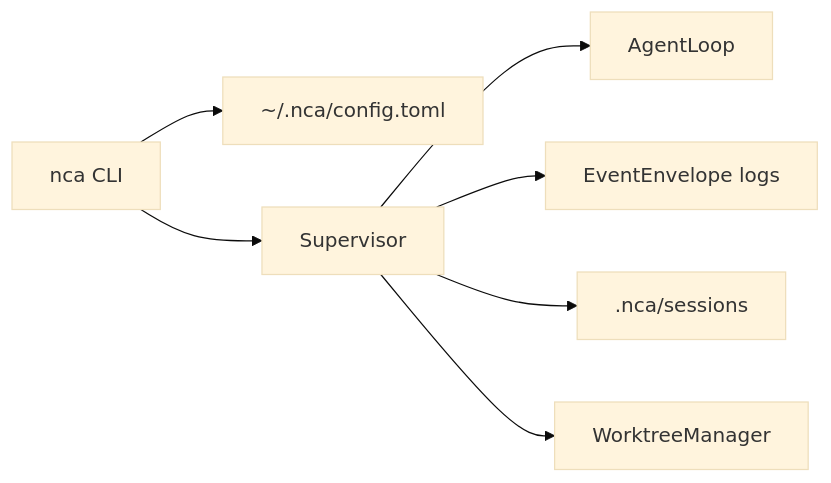
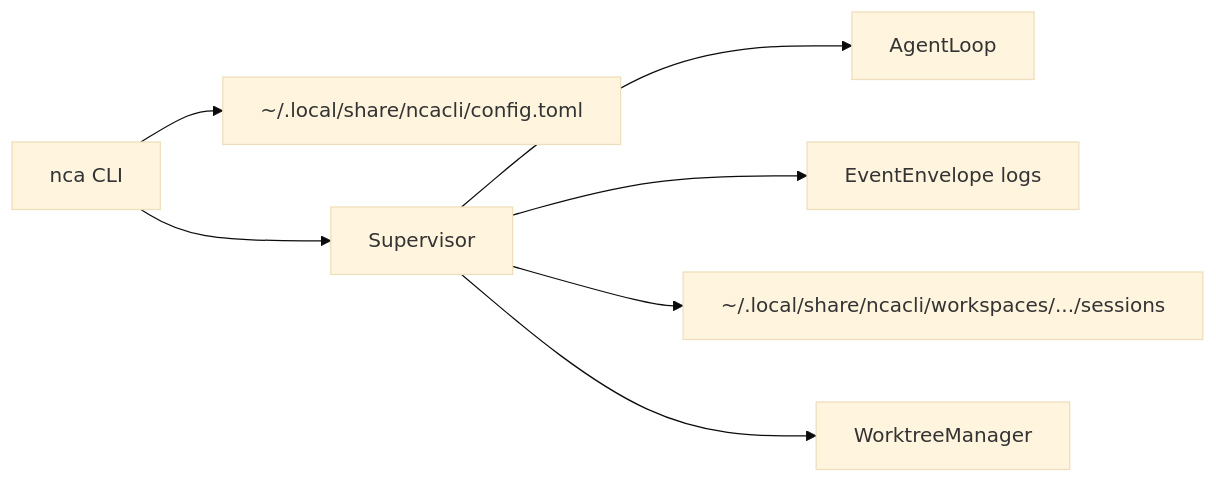
The second of 5 diagrams in docs/architecture.md (madebyaris/native-cli-ai), drawn with Mermaid (base theme) before and after one commit. The commit also changed other lines of this file and 15 other files, not shown here.

````diff
--- a/docs/architecture.md
+++ b/docs/architecture.md
@@ -106,9 +106,9 @@
 ```mermaid
 flowchart LR
-  Cli[nca CLI] --> Config["~/.nca/config.toml"]
+  Cli[nca CLI] --> Config["~/.local/share/ncacli/config.toml"]
   Cli --> RuntimeService[Supervisor]
   RuntimeService --> AgentRuns[AgentLoop]
   RuntimeService --> EventStore["EventEnvelope logs"]
-  RuntimeService --> SessionFiles[".nca/sessions"]
+  RuntimeService --> SessionFiles["~/.local/share/ncacli/workspaces/.../sessions"]
   RuntimeService --> WorktreeManager
 ```
````
